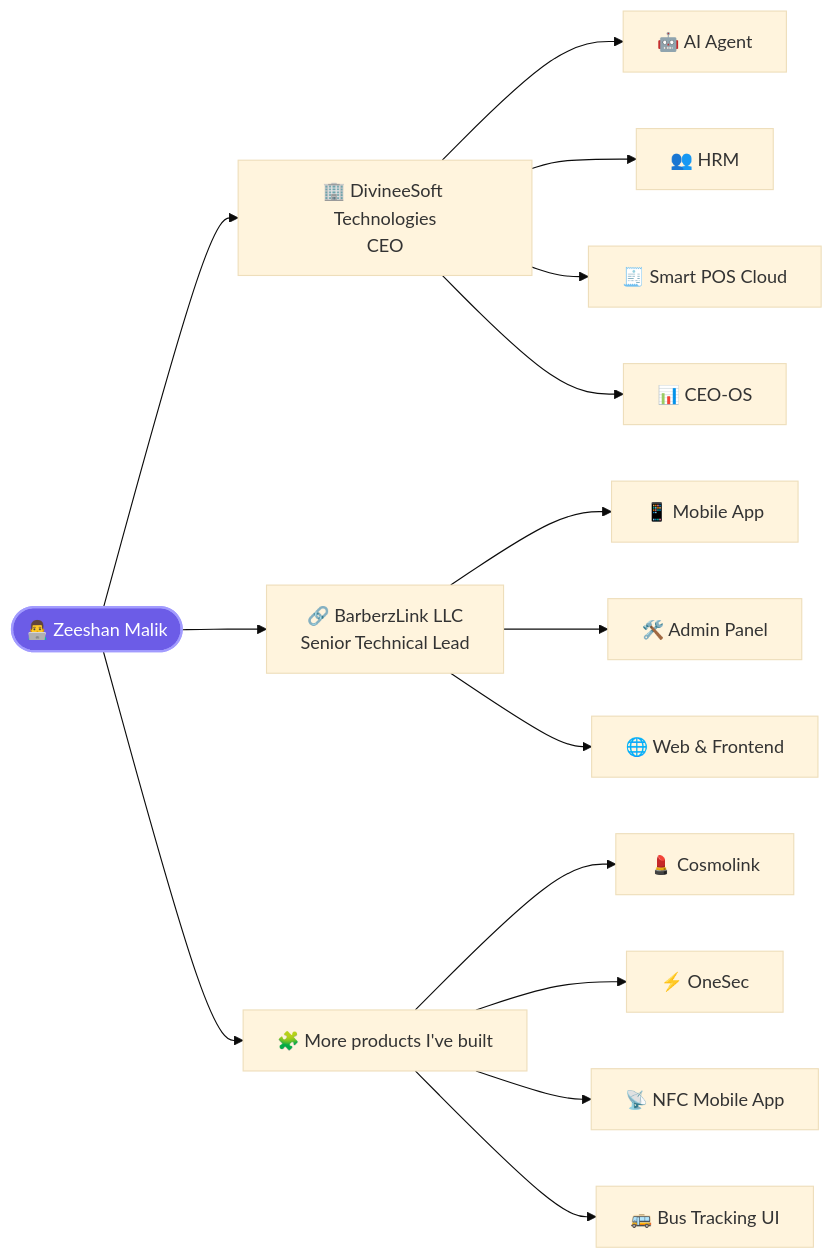
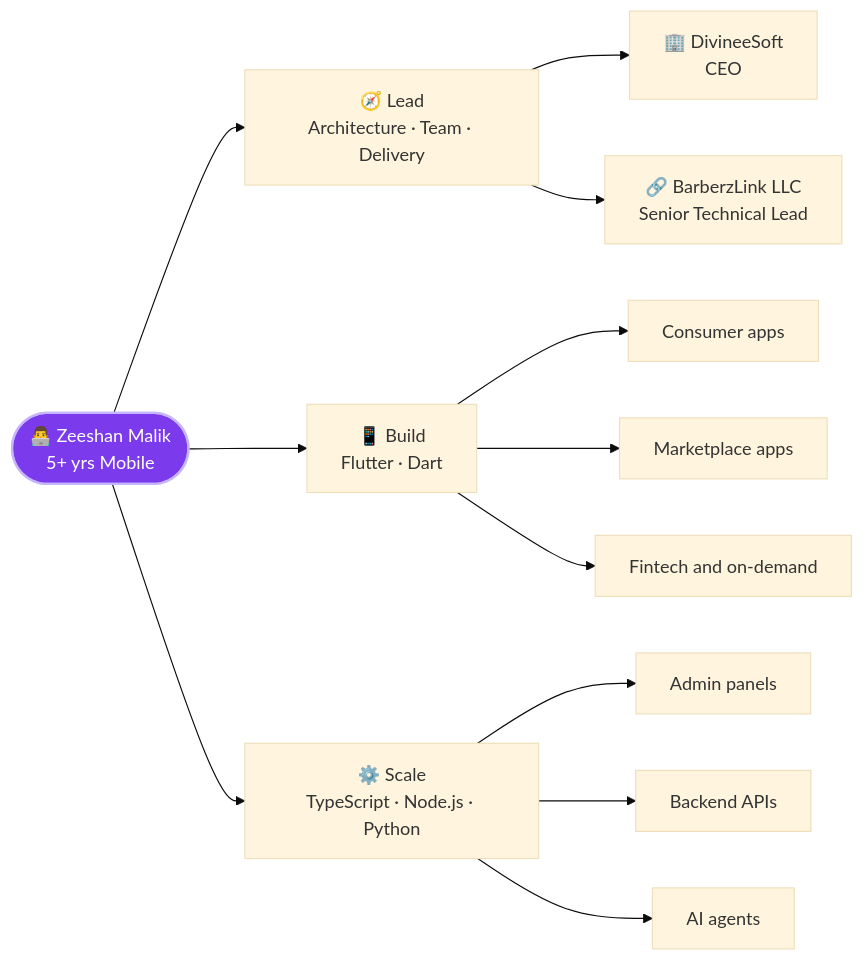
One commit to zeemalik-dev/zeemalik-dev changed the diagram in README.md. Above: the diagram before and after it, drawn with Mermaid (base theme). The commit also changed other lines of this file, not shown here.

````diff
--- a/README.md
+++ b/README.md
@@ -71,24 +73,21 @@
 ```mermaid
 flowchart LR
-    Z(["👨‍💻 Zeeshan Malik"]):::hero
+    Z(["👨‍💻 Zeeshan Malik<br/>5+ yrs Mobile"]):::hero
 
-    Z --> D["🏢 DivineeSoft Technologies<br/>CEO"]
-    Z --> B["🔗 BarberzLink LLC<br/>Senior Technical Lead"]
-    Z --> O["🧩 More products I've built"]
+    Z --> L["🧭 Lead<br/>Architecture · Team · Delivery"]
+    Z --> B["📱 Build<br/>Flutter · Dart"]
+    Z --> S["⚙️ Scale<br/>TypeScript · Node.js · Python"]
 
-    D --> D1["🤖 AI Agent"]
-    D --> D2["👥 HRM"]
-    D --> D3["🧾 Smart POS Cloud"]
-    D --> D4["📊 CEO-OS"]
+    L --> C1["🏢 DivineeSoft<br/>CEO"]
+    L --> C2["🔗 BarberzLink LLC<br/>Senior Technical Lead"]
 
-    B --> B1["📱 Mobile App"]
-    B --> B2["🛠️ Admin Panel"]
-    B --> B3["🌐 Web & Frontend"]
+    B --> P1["Consumer apps"]
+    B --> P2["Marketplace apps"]
+    B --> P3["Fintech and on-demand"]
 
-    O --> O1["💄 Cosmolink"]
-    O --> O2["⚡ OneSec"]
-    O --> O3["📡 NFC Mobile App"]
-    O --> O4["🚌 Bus Tracking UI"]
+    S --> A1["Admin panels"]
+    S --> A2["Backend APIs"]
+    S --> A3["AI agents"]
 
-    classDef hero fill:#6C5CE7,stroke:#a29bfe,color:#ffffff,stroke-width:2px;
+    classDef hero fill:#7C3AED,stroke:#C4B5FD,color:#ffffff,stroke-width:2px;
 ```
````
